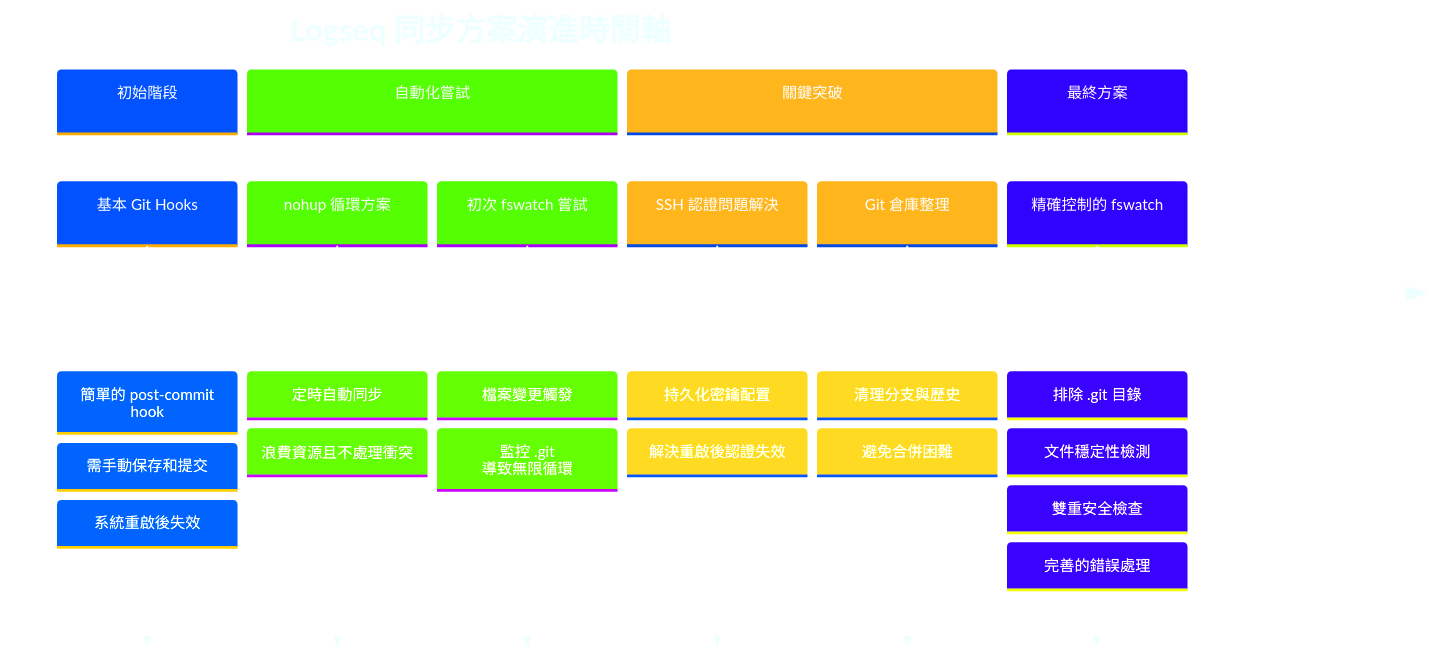
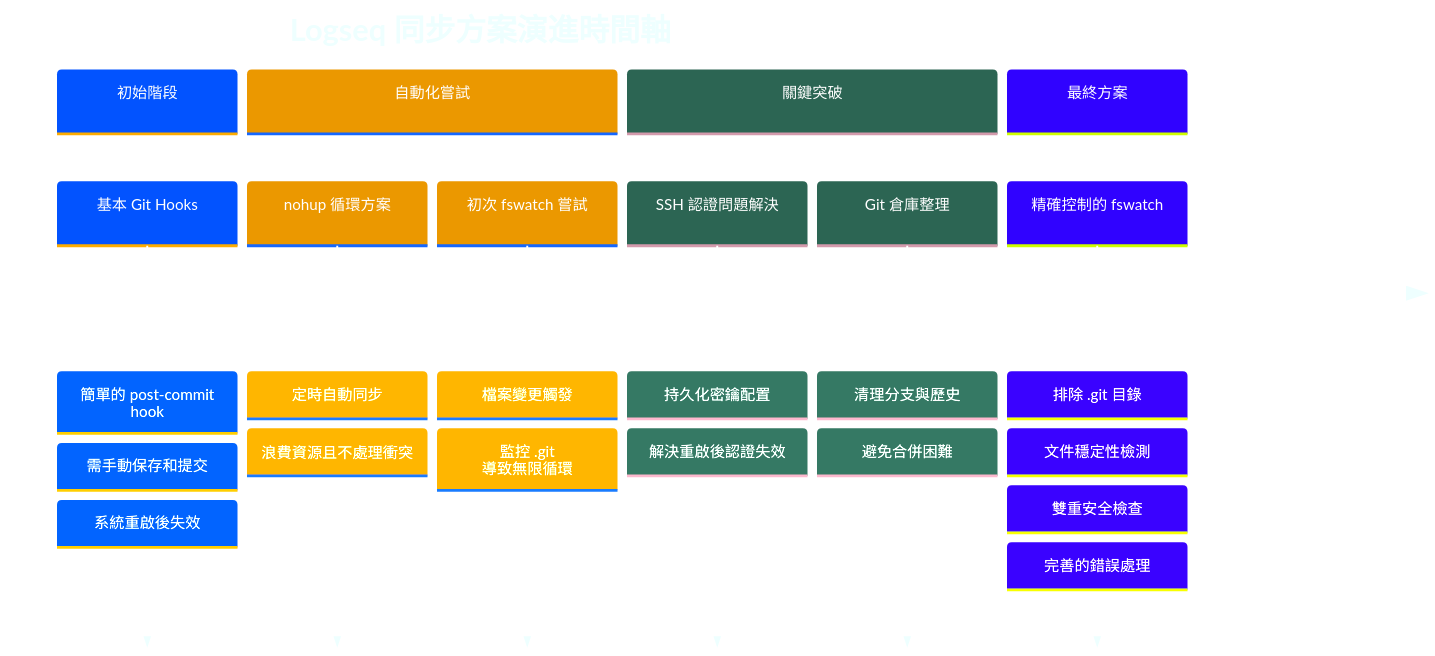
One commit to GengGeng026/Sync-Logseq changed the first of 2 diagrams in Logseq同步方案演進記錄.md. Above: the diagram before and after it, drawn with Mermaid.

Commit message:
Auto-sync: Wed Mar 26 08:39:56 +08 2025

````diff
--- a/Logseq同步方案演進記錄.md
+++ b/Logseq同步方案演進記錄.md
@@ -27,42 +27,45 @@
 ```mermaid
 %%{init: {
   'theme': 'base', 
   'themeVariables': {
     'primaryColor': '#82AAFF',
+    'secondaryColor': '#FFCB6B',
+    'tertiaryColor': '#59B79A',
+    'quaternaryColor': '#F07178',
     'primaryTextColor': '#FFFFFF',
     'primaryBorderColor': '#59B79A',
     'lineColor': '#C792EA',
     'background': 'transparent',
     'textColor': '#EEFFFF',
     'nodeBorder': '#59B79A',
     'clusterBkg': 'transparent',
     'titleColor': '#EEFFFF',
-    'sectionBkgColor': '#273747',
+    'sectionBkgColor': '#',
     'sectionBkgColor2': '#334455',
     'sectionBkgColor3': '#3A4A5A',
     'sectionBkgColor4': '#42546A',
     'sectionBkgColor5': '#4B5E78'
   }
 }}%%
 timeline
     title Logseq 同步方案演進時間軸
     section 初始階段
         基本 Git Hooks : 簡單的 post-commit hook
         : 需手動保存和提交
         : 系統重啟後失效
     section 自動化嘗試
         nohup 循環方案 : 定時自動同步
         : 浪費資源且不處理衝突
         初次 fswatch 嘗試 : 檔案變更觸發
         : 監控 .git 導致無限循環
     section 關鍵突破
         SSH 認證問題解決 : 持久化密鑰配置
         : 解決重啟後認證失效
         Git 倉庫整理 : 清理分支與歷史
         : 避免合併困難
     section 最終方案
         精確控制的 fswatch : 排除 .git 目錄
         : 文件穩定性檢測
         : 雙重安全檢查
         : 完善的錯誤處理
 ```
````
